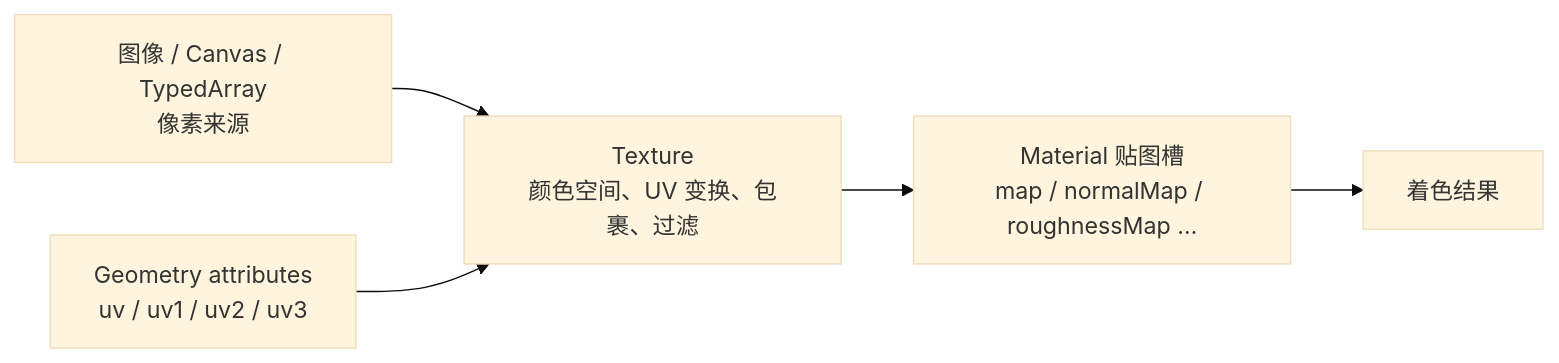
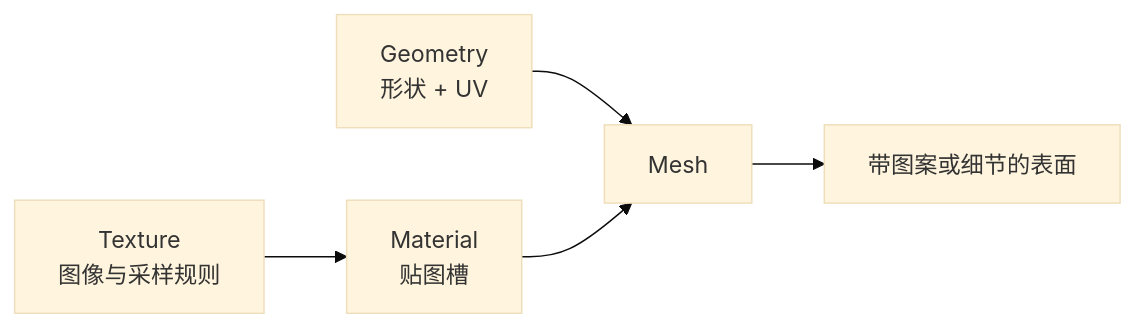
Before and after one commit to zhbhun/frontend-learning: the diagram in language/javascript/library/ui/3d/three.js/cheatsheets/textures-and-maps/README.mdx, drawn with Mermaid (base theme). The commit also changed other lines of this file and 108 other files, not shown here.

````diff
--- a/language/javascript/library/ui/3d/three.js/cheatsheets/textures-and-maps/README.mdx
+++ b/language/javascript/library/ui/3d/three.js/cheatsheets/textures-and-maps/README.mdx
@@ -10,7 +18,7 @@
 ```mermaid
 flowchart LR
-  source["图像 / Canvas / TypedArray<br/>像素来源"] --> texture["Texture<br/>颜色空间、UV 变换、包裹、过滤"]
-  uv["Geometry attributes<br/>uv / uv1 / uv2 / uv3"] --> texture
-  texture --> slot["Material 贴图槽<br/>map / normalMap / roughnessMap …"]
-  slot --> result["着色结果"]
+  geom["Geometry<br/>形状 + UV"] --> mesh["Mesh"]
+  tex["Texture<br/>图像与采样规则"] --> mat["Material<br/>贴图槽"]
+  mat --> mesh
+  mesh --> result["带图案或细节的表面"]
 ```
````
